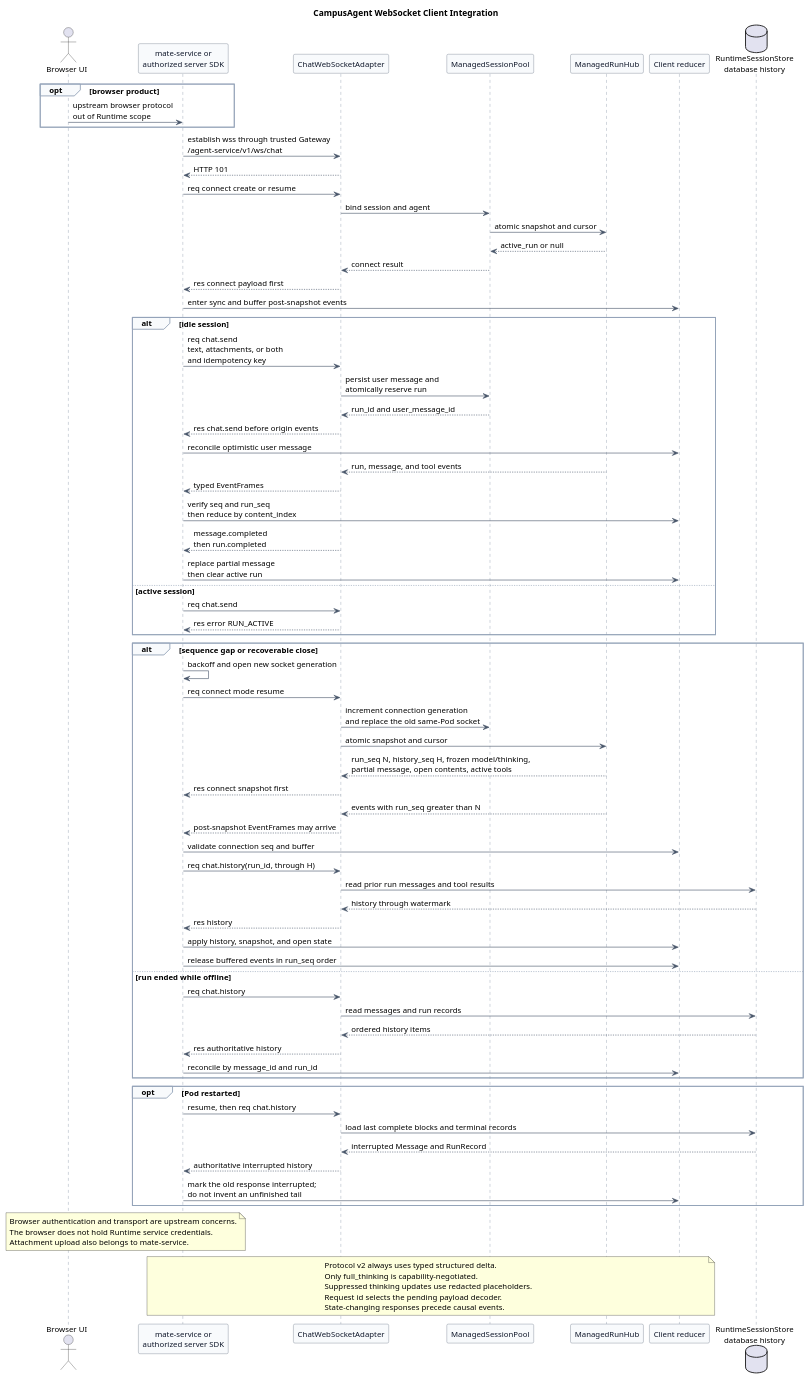
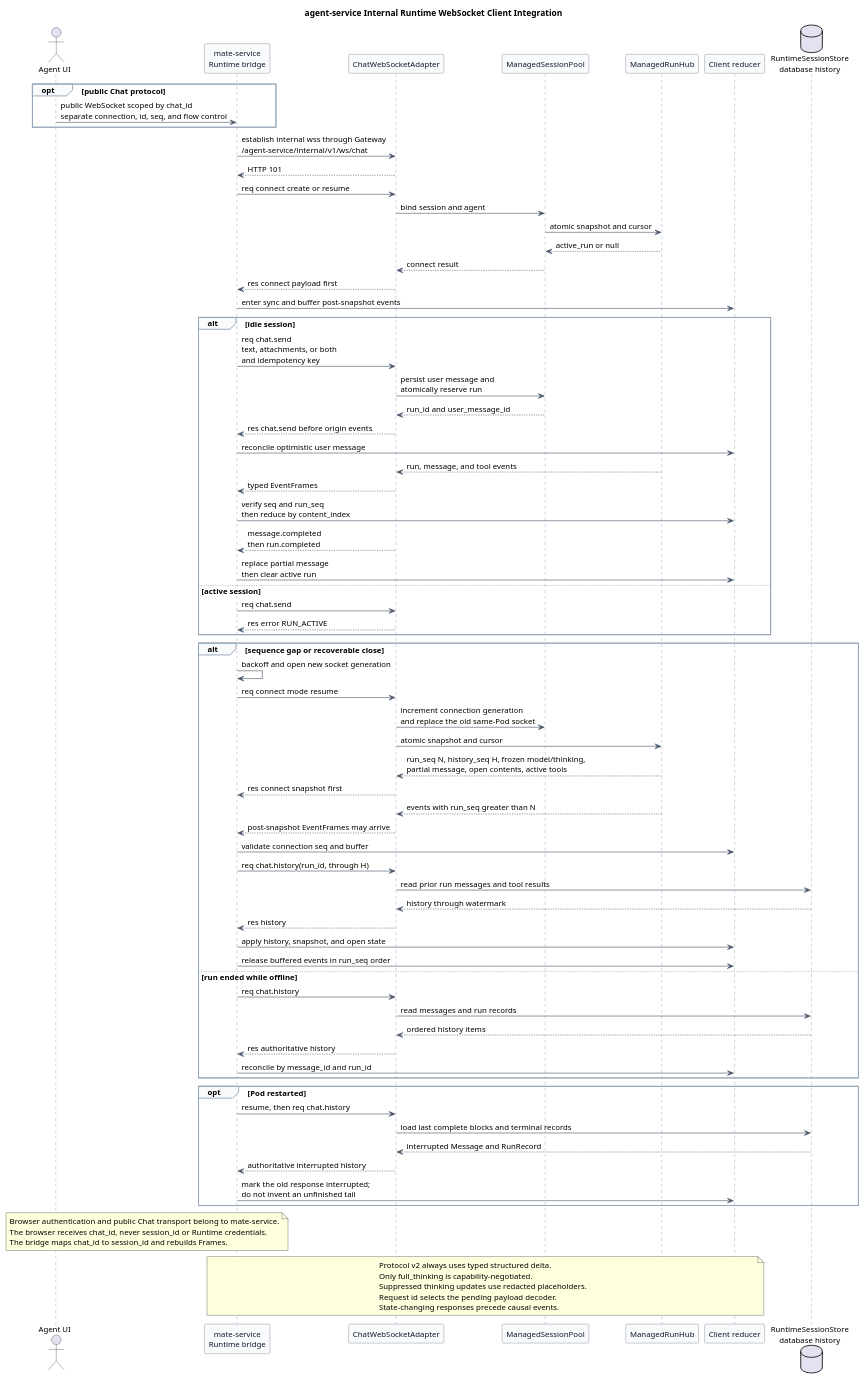
The eighth of 9 diagrams in pi-mono-java-manager-driven-multi-agent-runtime/diagram.puml (superheromeZzh/pi-mono-java-design), drawn with PlantUML before and after one commit. The commit also changed other lines of this file and 35 other files, not shown here.

Commit message:
docs(agent): define public chat gateway boundary

```diff
--- a/pi-mono-java-manager-driven-multi-agent-runtime/diagram.puml
+++ b/pi-mono-java-manager-driven-multi-agent-runtime/diagram.puml
@@ -602,117 +663,117 @@
 @startuml frontend_websocket_client_integration
-title CampusAgent WebSocket Client Integration
+title agent-service Internal Runtime WebSocket Client Integration
 
 ' pi-mono-java baseline: 1f7a5423219edfa4519d8719f1cc8a188ed72873
 ' Source: modules/coding-agent-cli/src/main/java/com/campusclaw/codingagent/mode/server/ServerMode.java (configureRoutes)
 ' Source: modules/coding-agent-cli/src/main/java/com/campusclaw/codingagent/mode/server/ChatWebSocketHandler.java (handle, onAgentEvent)
 ' Source: modules/ai/src/main/java/com/campusclaw/ai/stream/AssistantMessageEvent.java (typed event records)
 ' Current Java behavior: the browser-facing v1 client replaces accumulated Message snapshots.
 ' Target design: a calling service or server SDK authenticates to the Runtime and binds one session.
 ' Target design: typed structured delta is intrinsic to protocol v2; full_thinking is optional.
 ' Target design: chat.send response precedes origin run events and returns the user message id.
 ' Target design: the existing internal Gateway authenticates callers on the canonical agent-service path.
 ' Target design: one same-Pod connection generation replaces the previous connection on resume.
 ' Target design: database history reports interrupted after Pod restart.
 ' Design reason: a client must implement request correlation, reduction, and recovery from the contract alone.
 
 skinparam backgroundColor #FFFFFF
 skinparam shadowing false
 skinparam defaultFontName Arial
 skinparam defaultFontSize 13
 skinparam participant {
   BackgroundColor #F8FAFC
   BorderColor #475569
   FontColor #0F172A
 }
 skinparam ArrowColor #475569
 skinparam sequence {
   LifeLineBorderColor #64748B
   LifeLineBackgroundColor #F8FAFC
   GroupBorderColor #94A3B8
   GroupBackgroundColor #F8FAFC
 }
 
-actor "Browser UI" as Browser
-participant "mate-service or\nauthorized server SDK" as Client
+actor "Agent UI" as Browser
+participant "mate-service\nRuntime bridge" as Client
 participant "ChatWebSocketAdapter" as WS
 participant "ManagedSessionPool" as Pool
 participant "ManagedRunHub" as Hub
 participant "Client reducer" as Reducer
 database "RuntimeSessionStore\ndatabase history" as History
 
-opt browser product
-  Browser -> Client : upstream browser protocol\nout of Runtime scope
+opt public Chat protocol
+  Browser -> Client : public WebSocket scoped by chat_id\nseparate connection, id, seq, and flow control
 end
 
-Client -> WS : establish wss through trusted Gateway\n/agent-service/v1/ws/chat
+Client -> WS : establish internal wss through Gateway\n/agent-service/internal/v1/ws/chat
 WS --> Client : HTTP 101
 Client -> WS : req connect create or resume
 WS -> Pool : bind session and agent
 Pool -> Hub : atomic snapshot and cursor
 Hub --> Pool : active_run or null
 Pool --> WS : connect result
 WS --> Client : res connect payload first
 Client -> Reducer : enter sync and buffer post-snapshot events
 
 alt idle session
   Client -> WS : req chat.send\ntext, attachments, or both\nand idempotency key
   WS -> Pool : persist user message and\natomically reserve run
   Pool --> WS : run_id and user_message_id
   WS --> Client : res chat.send before origin events
   Client -> Reducer : reconcile optimistic user message
   Hub --> WS : run, message, and tool events
   WS --> Client : typed EventFrames
   Client -> Reducer : verify seq and run_seq\nthen reduce by content_index
   WS --> Client : message.completed\nthen run.completed
   Client -> Reducer : replace partial message\nthen clear active run
 else active session
   Client -> WS : req chat.send
   WS --> Client : res error RUN_ACTIVE
 end
 
 alt sequence gap or recoverable close
   Client -> Client : backoff and open new socket generation
   Client -> WS : req connect mode resume
   WS -> Pool : increment connection generation\nand replace the old same-Pod socket
   WS -> Hub : atomic snapshot and cursor
   Hub --> WS : run_seq N, history_seq H, frozen model/thinking,\npartial message, open contents, active tools
   WS --> Client : res connect snapshot first
   Hub --> WS : events with run_seq greater than N
   WS --> Client : post-snapshot EventFrames may arrive
   Client -> Reducer : validate connection seq and buffer
   Client -> WS : req chat.history(run_id, through H)
   WS -> History : read prior run messages and tool results
   History --> WS : history through watermark
   WS --> Client : res history
   Client -> Reducer : apply history, snapshot, and open state
   Client -> Reducer : release buffered events in run_seq order
 else run ended while offline
   Client -> WS : req chat.history
   WS -> History : read messages and run records
   History --> WS : ordered history items
   WS --> Client : res authoritative history
   Client -> Reducer : reconcile by message_id and run_id
 end
 
 opt Pod restarted
   Client -> WS : resume, then req chat.history
   WS -> History : load last complete blocks and terminal records
   History --> WS : interrupted Message and RunRecord
   WS --> Client : authoritative interrupted history
   Client -> Reducer : mark the old response interrupted;\ndo not invent an unfinished tail
 end
 
 note over Browser,Client
-Browser authentication and transport are upstream concerns.
-The browser does not hold Runtime service credentials.
-Attachment upload also belongs to mate-service.
+Browser authentication and public Chat transport belong to mate-service.
+The browser receives chat_id, never session_id or Runtime credentials.
+The bridge maps chat_id to session_id and rebuilds Frames.
 end note
 
 note over Client,Reducer
 Protocol v2 always uses typed structured delta.
 Only full_thinking is capability-negotiated.
 Suppressed thinking updates use redacted placeholders.
 Request id selects the pending payload decoder.
 State-changing responses precede causal events.
 end note
 @enduml
```
